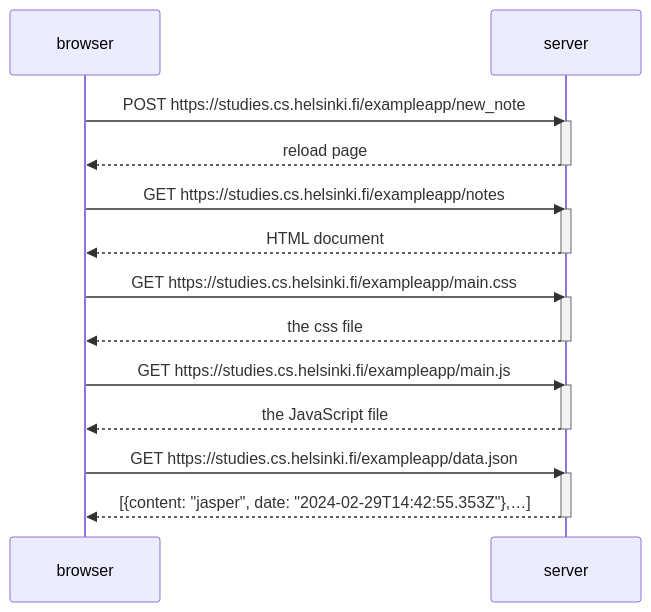
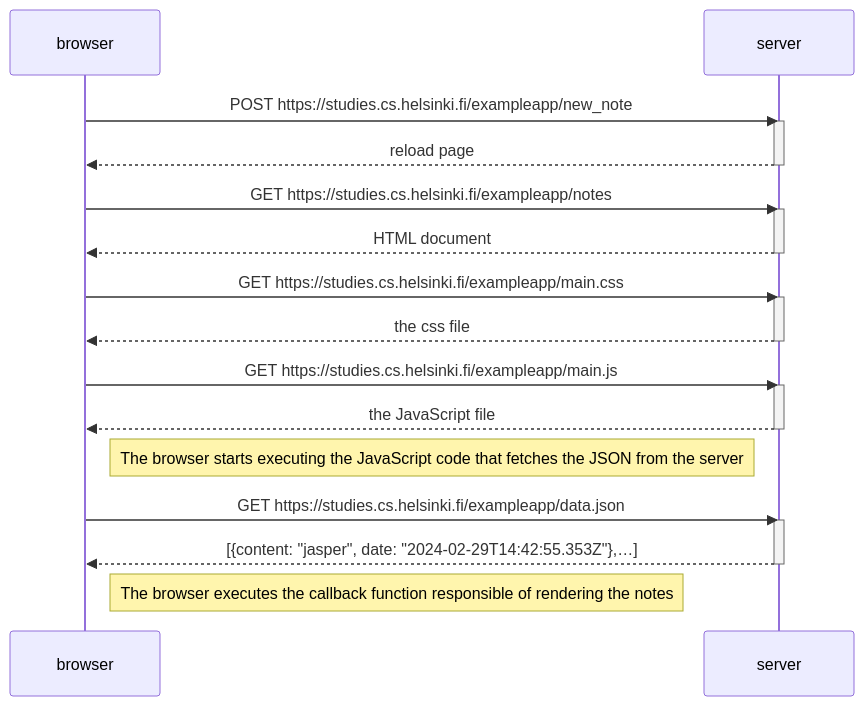
Before and after one commit to sampsaol/fullstackopen: the diagram in osa0/4_tehtava.md, drawn with Mermaid.

````diff
--- a/osa0/4_tehtava.md
+++ b/osa0/4_tehtava.md
@@ -1,31 +1,33 @@
 ```mermaid
 sequenceDiagram
   participant browser
   participant server
 
   browser ->> server: POST https://studies.cs.helsinki.fi/exampleapp/new_note
   activate server
   server -->> browser: reload page
   deactivate server
 
   browser->>server: GET https://studies.cs.helsinki.fi/exampleapp/notes
   activate server
   server-->>browser: HTML document
   deactivate server
   
   browser->>server: GET https://studies.cs.helsinki.fi/exampleapp/main.css
   activate server
   server-->>browser: the css file
   deactivate server
   
   browser->>server: GET https://studies.cs.helsinki.fi/exampleapp/main.js
   activate server
   server-->>browser: the JavaScript file
   deactivate server
+  Note right of browser: The browser starts executing the JavaScript code that fetches the JSON from the server
       
   browser->>server: GET https://studies.cs.helsinki.fi/exampleapp/data.json
   activate server
   server-->>browser: [{content: "jasper", date: "2024-02-29T14:42:55.353Z"},…]
-  deactivate server    
+  deactivate server
+  Note right of browser: The browser executes the callback function responsible of rendering the notes
 
 ```
````
